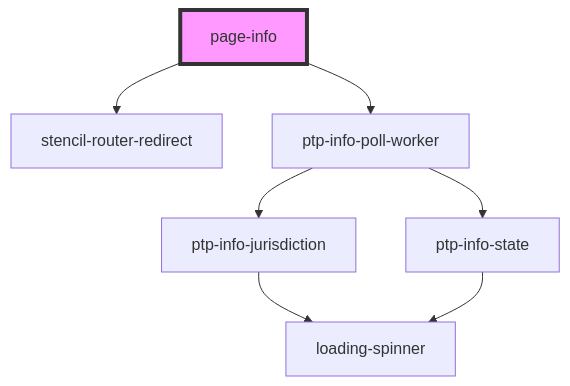
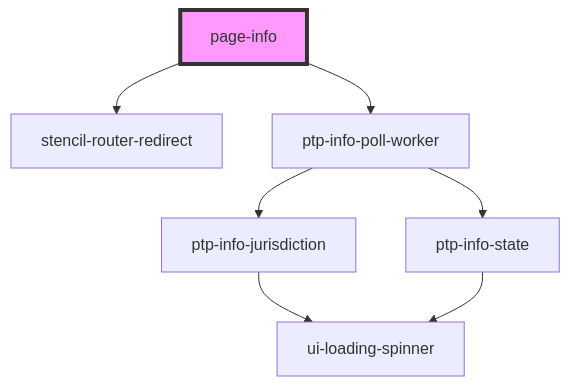
One commit to pizza-to-the-polls/power-the-polls changed the diagram in site/src/components/page-info/readme.md. Above: the diagram before and after it, drawn with Mermaid. The commit also changed 26 other files, not shown here.

````diff
--- a/site/src/components/page-info/readme.md
+++ b/site/src/components/page-info/readme.md
@@ -16,10 +16,10 @@
 ```mermaid
 graph TD;
   page-info --> stencil-router-redirect
   page-info --> ptp-info-poll-worker
   ptp-info-poll-worker --> ptp-info-jurisdiction
   ptp-info-poll-worker --> ptp-info-state
-  ptp-info-jurisdiction --> loading-spinner
-  ptp-info-state --> loading-spinner
+  ptp-info-jurisdiction --> ui-loading-spinner
+  ptp-info-state --> ui-loading-spinner
   style page-info fill:#f9f,stroke:#333,stroke-width:4px
 ```
````
